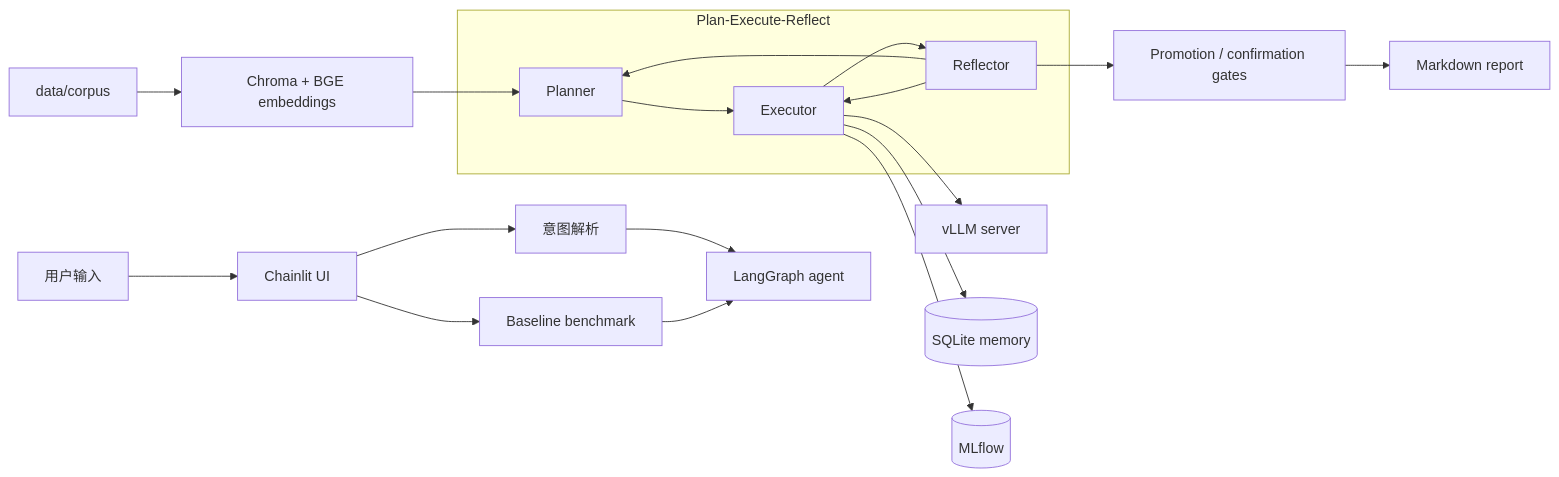
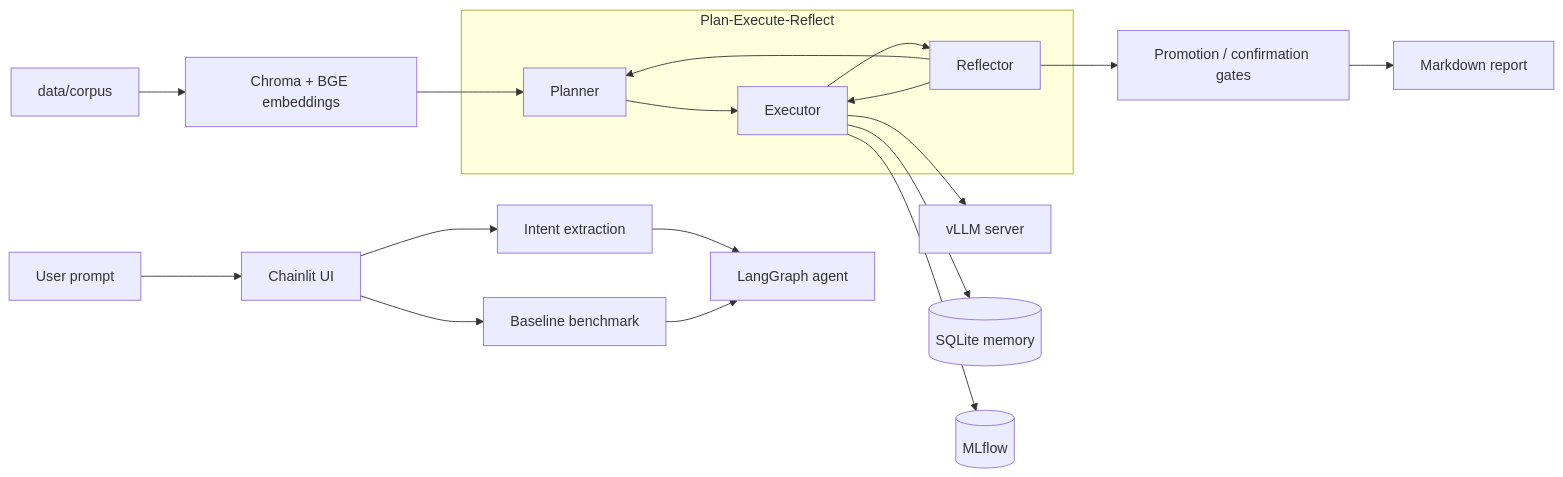
Before and after one commit to CChen19/inferops-agent: the diagram in README.md, drawn with Mermaid. The commit also changed other lines of this file and 1 other file, not shown here.

````diff
--- a/README.md
+++ b/README.md
@@ -35,24 +43,24 @@
 ```mermaid
 flowchart LR
-    User[用户输入] --> UI[Chainlit UI]
-    UI --> Intent[意图解析]
+    User[User prompt] --> UI[Chainlit UI]
+    UI --> Intent[Intent extraction]
     UI --> Baseline[Baseline benchmark]
     Intent --> Agent[LangGraph agent]
     Baseline --> Agent
 
     Corpus[data/corpus] --> RAG[Chroma + BGE embeddings]
     RAG --> Planner[Planner]
 
     subgraph Plan-Execute-Reflect
       Planner --> Executor[Executor]
       Executor --> Reflector[Reflector]
       Reflector --> Planner
       Reflector --> Executor
     end
 
     Executor --> VLLM[vLLM server]
     Executor --> DB[(SQLite memory)]
     Executor --> MLflow[(MLflow)]
     Reflector --> Gates[Promotion / confirmation gates]
     Gates --> Report[Markdown report]
 ```
````
